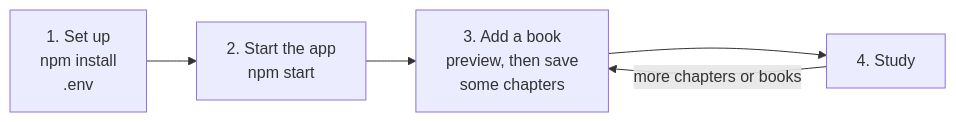
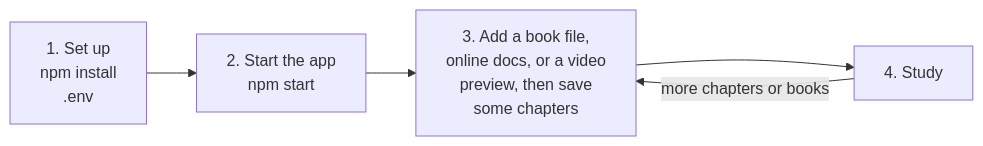
Before and after one commit to zqf20096327/dbhub_collect: the diagram in data/readmes/demetrius-edelin__tutor.md, drawn with Mermaid. The commit also changed other lines of this file and 435 other files, not shown here.

````diff
--- a/data/readmes/demetrius-edelin__tutor.md
+++ b/data/readmes/demetrius-edelin__tutor.md
@@ -59,7 +68,7 @@
 ```mermaid
 flowchart LR
     S1["1. Set up<br/>npm install<br/>.env"] --> S2["2. Start the app<br/>npm start"]
-    S2 --> S3["3. Add a book<br/>preview, then save<br/>some chapters"]
+    S2 --> S3["3. Add a book file,<br/>online docs, or a video<br/>preview, then save<br/>some chapters"]
     S3 --> S4["4. Study"]
     S4 -->|"more chapters or books"| S3
 ```
````
